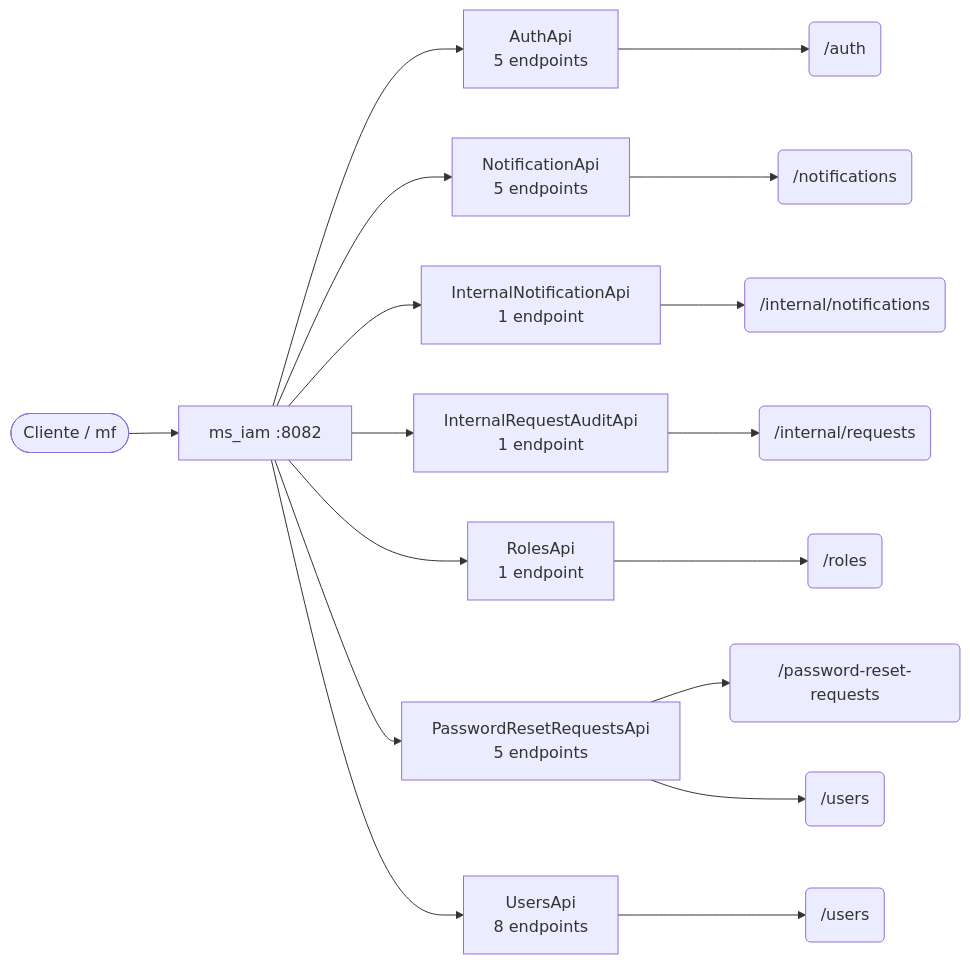
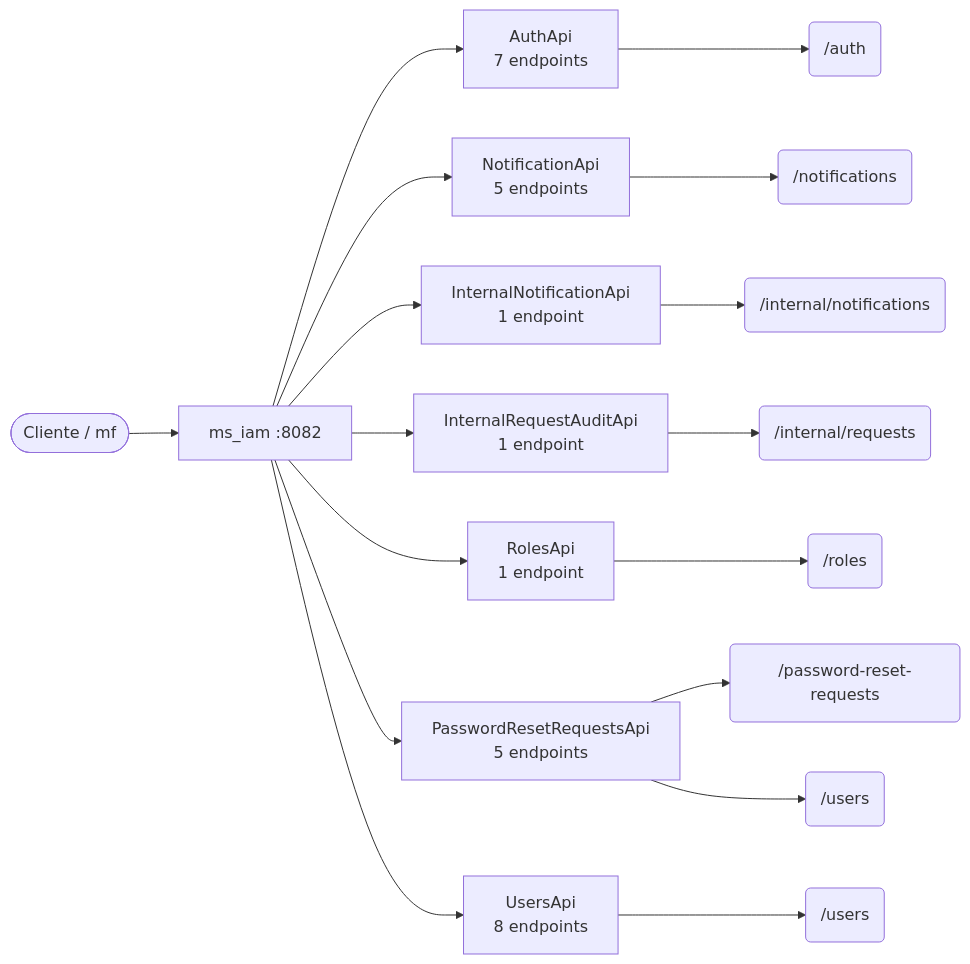
One commit to jdtovar07/MSPI_NVA_CO_DOCS changed the diagram in Documentacion-Backend/ms_iam/08-Referencia-API.md. Above: the diagram before and after it, drawn with Mermaid. The commit also changed other lines of this file and 15 other files, not shown here.

````diff
--- a/Documentacion-Backend/ms_iam/08-Referencia-API.md
+++ b/Documentacion-Backend/ms_iam/08-Referencia-API.md
@@ -35,19 +35,19 @@
 ```mermaid
 flowchart LR
   C(["Cliente / mf"]) --> MS["ms_iam :8082"]
-  MS --> AuthApi["AuthApi<br/>5 endpoints"]
+  MS --> AuthApi["AuthApi<br/>7 endpoints"]
   AuthApi --> AuthApiauth("/auth")
   MS --> NotificationApi["NotificationApi<br/>5 endpoints"]
   NotificationApi --> NotificationApinotifications("/notifications")
   MS --> InternalNotificationApi["InternalNotificationApi<br/>1 endpoint"]
   InternalNotificationApi --> InternalNotificationApiinternalnotifications("/internal/notifications")
   MS --> InternalRequestAuditApi["InternalRequestAuditApi<br/>1 endpoint"]
   InternalRequestAuditApi --> InternalRequestAuditApiinternalrequests("/internal/requests")
   MS --> RolesApi["RolesApi<br/>1 endpoint"]
   RolesApi --> RolesApiroles("/roles")
   MS --> PasswordResetRequestsApi["PasswordResetRequestsApi<br/>5 endpoints"]
   PasswordResetRequestsApi --> PasswordResetRequestsApipasswordresetrequests("/password-reset-requests")
   PasswordResetRequestsApi --> PasswordResetRequestsApiusers("/users")
   MS --> UsersApi["UsersApi<br/>8 endpoints"]
   UsersApi --> UsersApiusers("/users")
 ```
````
